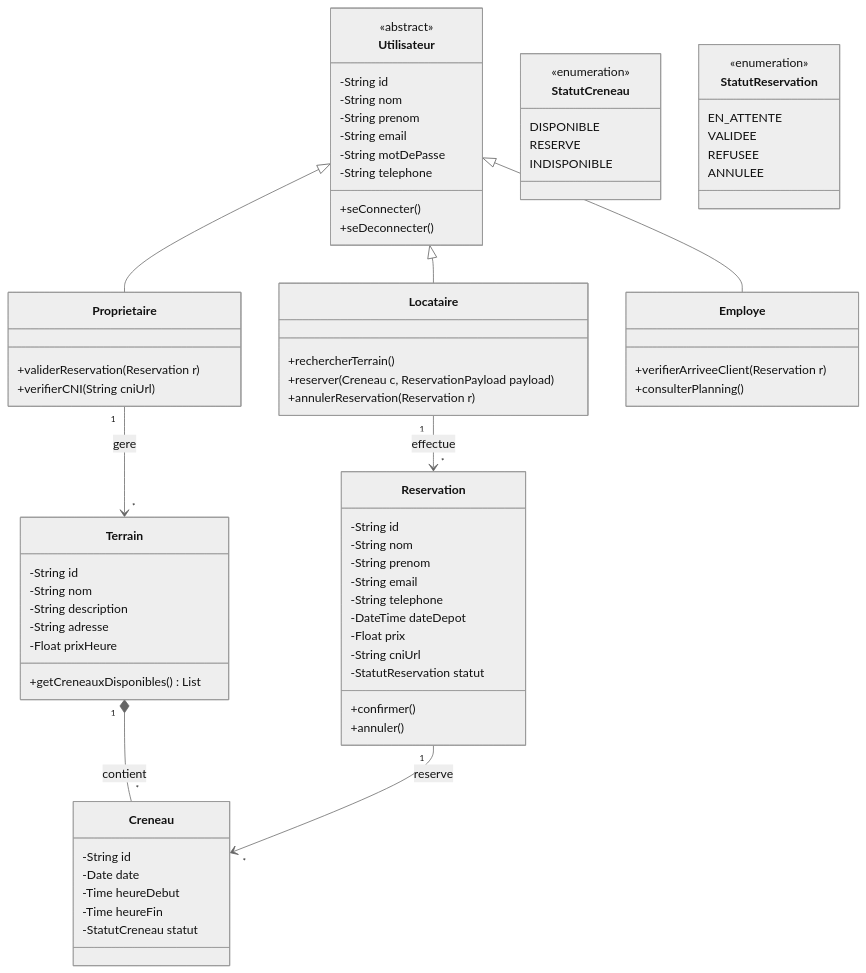
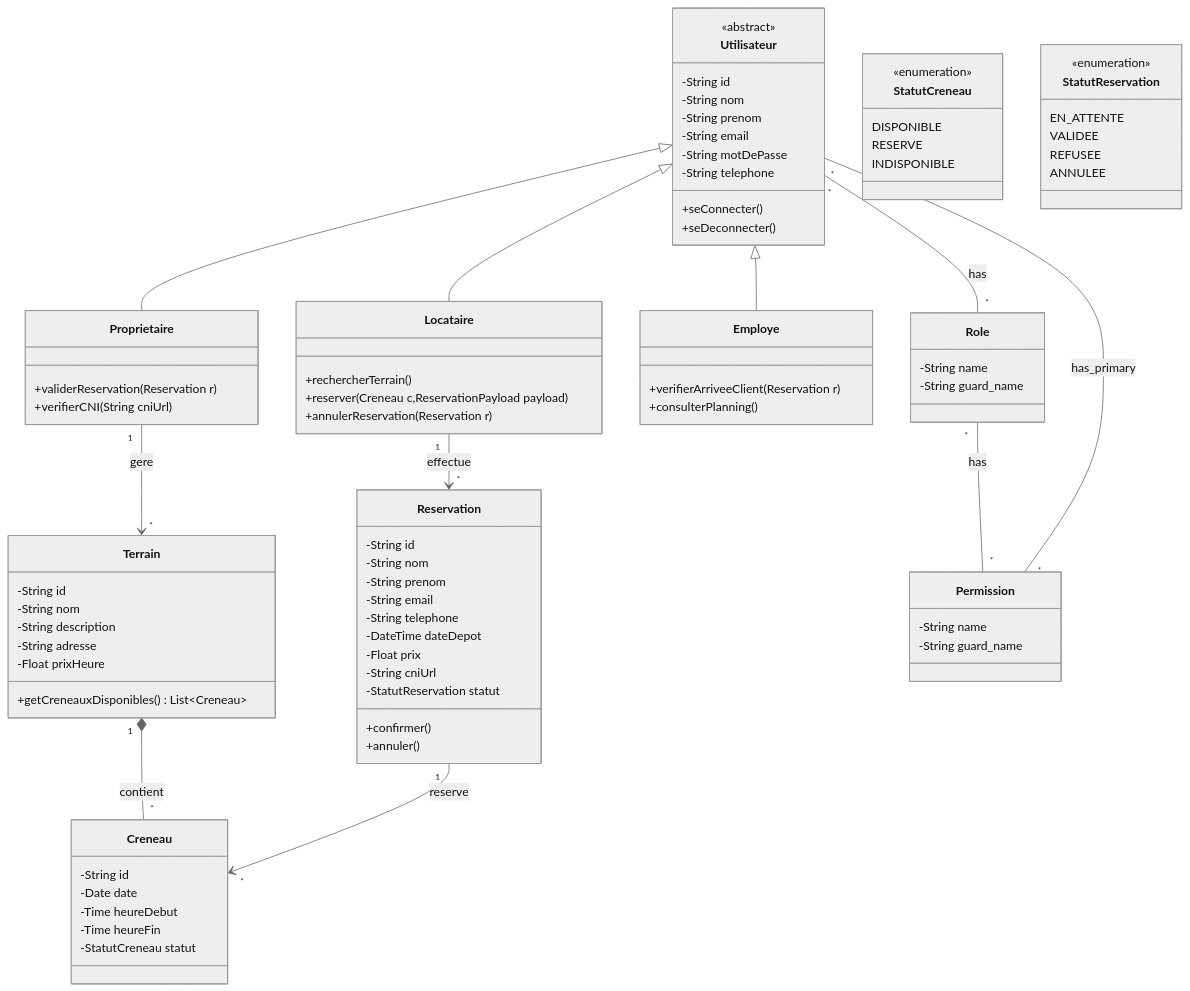
One commit to Adnane-x87/Project-Final changed the diagram in Analyse/diagramme-de-classe/diagramme-classe.mmd. Above: the diagram before and after it, drawn with Mermaid (neutral theme). The commit also changed 3 other files, not shown here.

Commit message:
feat : add role and permession table and  diagrame de class image to presentaion and rapporte

```diff
--- a/Analyse/diagramme-de-classe/diagramme-classe.mmd
+++ b/Analyse/diagramme-de-classe/diagramme-classe.mmd
@@ -1,83 +1,97 @@
 classDiagram
     class Utilisateur {
         <<abstract>>
         -String id
         -String nom
         -String prenom
         -String email
         -String motDePasse
         -String telephone
         +seConnecter()
         +seDeconnecter()
     }
 
     class Proprietaire {
         +validerReservation(Reservation r)
         +verifierCNI(String cniUrl)
     }
 
     class Locataire {
         +rechercherTerrain()
-        +reserver(Creneau c, ReservationPayload payload)
+        +reserver(Creneau c,ReservationPayload payload)
         +annulerReservation(Reservation r)
     }
 
     class Employe {
         +verifierArriveeClient(Reservation r)
         +consulterPlanning()
     }
 
     Utilisateur <|-- Proprietaire
     Utilisateur <|-- Locataire
     Utilisateur <|-- Employe
 
     class Terrain {
         -String id
         -String nom
         -String description
         -String adresse
         -Float prixHeure
-        +getCreneauxDisponibles() List
+        +getCreneauxDisponibles() List~Creneau~
     }
 
     class Creneau {
         -String id
         -Date date
         -Time heureDebut
         -Time heureFin
         -StatutCreneau statut
     }
 
     class StatutCreneau {
         <<enumeration>>
         DISPONIBLE
         RESERVE
         INDISPONIBLE
     }
 
     class Reservation {
         -String id
         -String nom
         -String prenom
         -String email
         -String telephone
         -DateTime dateDepot
         -Float prix
         -String cniUrl
         -StatutReservation statut
         +confirmer()
         +annuler()
     }
 
     class StatutReservation {
         <<enumeration>>
         EN_ATTENTE
         VALIDEE
         REFUSEE
         ANNULEE
     }
 
+    class Role {
+        -String name
+        -String guard_name
+    }
+
+    class Permission {
+        -String name
+        -String guard_name
+    }
+
+    Utilisateur "*" -- "*" Role : has
+    Role "*" -- "*" Permission : has
+    Utilisateur "*" -- "*" Permission : has_primary
+
     Proprietaire "1" --> "*" Terrain : gere
     Terrain "1" *-- "*" Creneau : contient
     Locataire "1" --> "*" Reservation : effectue
     Reservation "1" --> "*" Creneau : reserve
```
